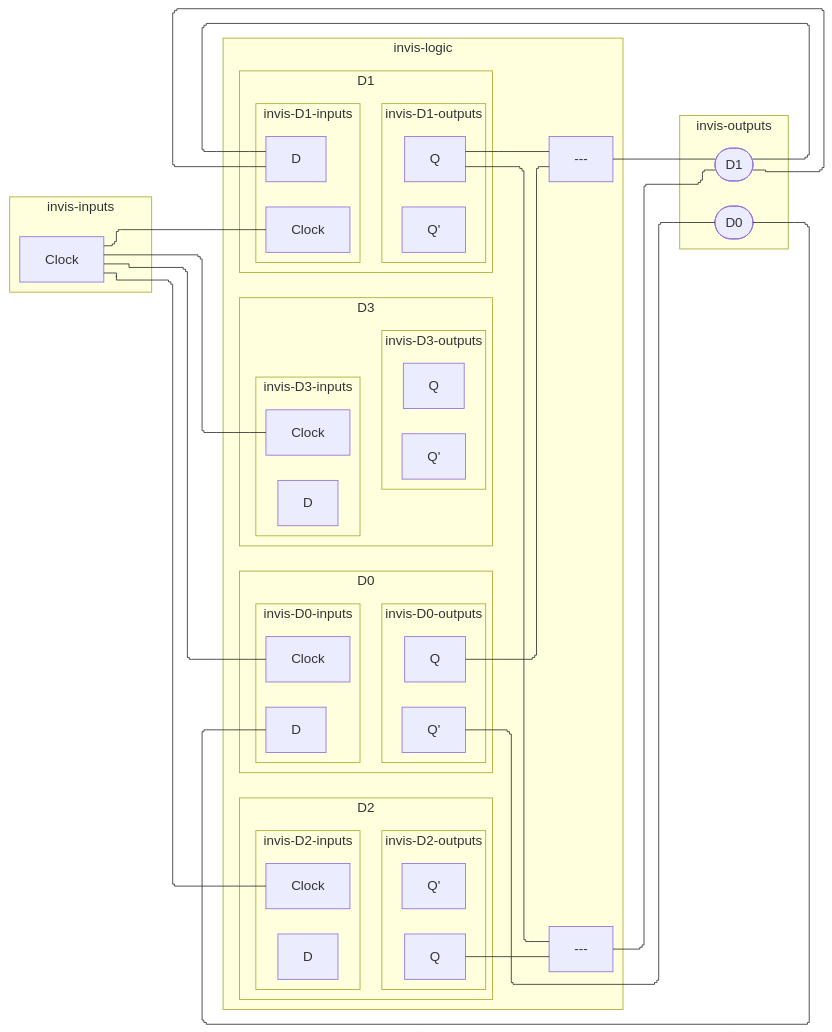
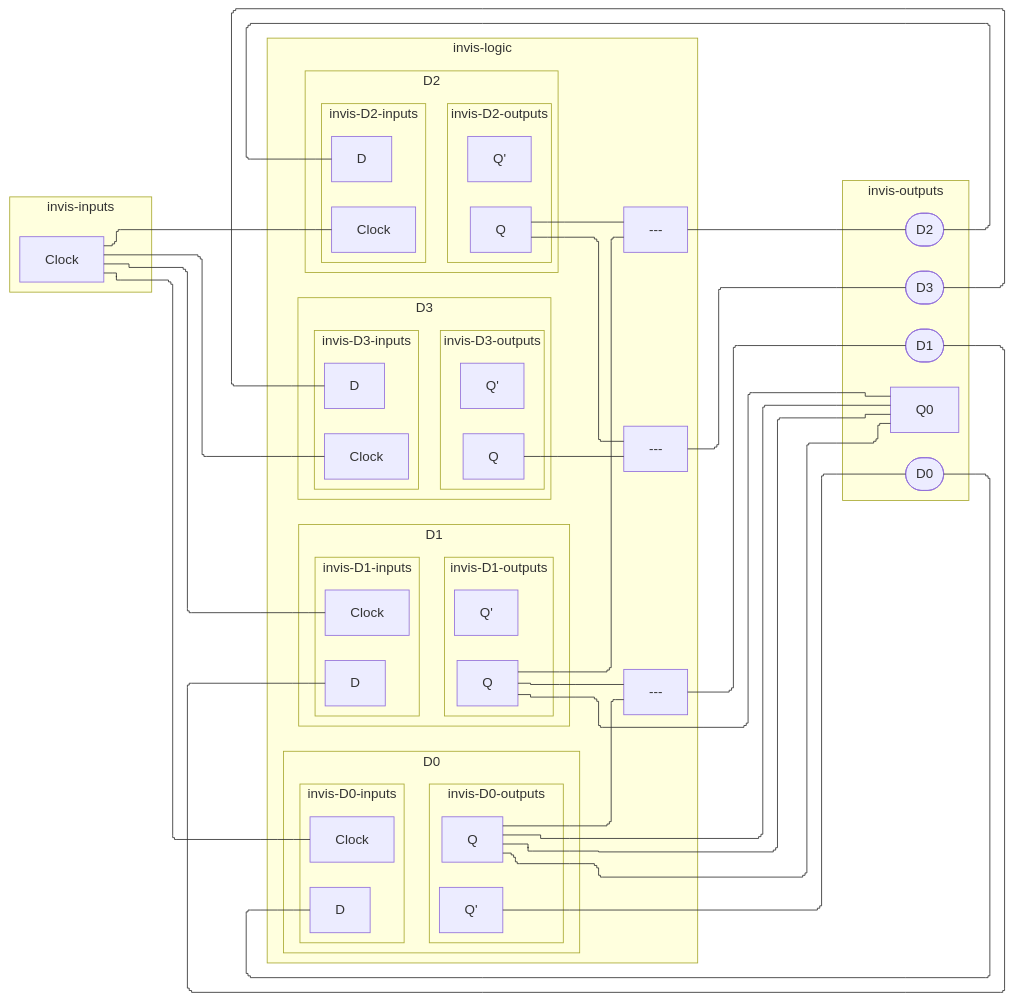
The sixth of 6 diagrams in CSDS 281 - Logic Design/HW/8/Tables.md (tnichols217/notes), drawn with Mermaid before and after one commit.

Commit message:
vault backup: 2024-04-05 00:28:51

````diff
--- a/CSDS 281 - Logic Design/HW/8/Tables.md
+++ b/CSDS 281 - Logic Design/HW/8/Tables.md
@@ -249,68 +249,75 @@
 ```mermaid
 %%{ init: { 'flowchart': { 'curve': 'stepBefore', "defaultRenderer": "elk" } } }%%
 flowchart LR
 subgraph invis-inputs
 	Clock
 end
 subgraph invis-logic
 	subgraph D0
 		subgraph invis-D0-inputs
 			D0i[D]
 			D0c[Clock]
 		end
 		Clock --- D0c
 		subgraph invis-D0-outputs
 			Q0[Q]
 			Q0P[Q']
 		end
 		invis-D0-inputs ~~~ invis-D0-outputs
 	end
 	subgraph D1
 		subgraph invis-D1-inputs
 			D1i[D]
 			D1c[Clock]
 		end
 		Clock --- D1c
 		subgraph invis-D1-outputs
 			Q1[Q]
 			Q1P[Q']
 		end
 		invis-D1-inputs ~~~ invis-D1-outputs
 	end
 	subgraph D2
 		subgraph invis-D2-inputs
 			D2i[D]
 			D2c[Clock]
 		end
 		Clock --- D2c
 		subgraph invis-D2-outputs
 			Q2[Q]
 			Q2P[Q']
 		end
 		invis-D2-inputs ~~~ invis-D2-outputs
 	end
 	subgraph D3
 		subgraph invis-D3-inputs
 			D3i[D]
 			D3c[Clock]
 		end
 		Clock --- D3c
 		subgraph invis-D3-outputs
 			Q3[Q]
 			Q3P[Q']
 		end
 		invis-D3-inputs ~~~ invis-D3-outputs
 	end
 	Q0 & Q1 --- xor1[---]
 	Q1 & Q2 --- xor2[---]
+	Q2 & Q3 --- xor3[---]
 end
 subgraph invis-outputs
 	Q0P --- D0ii([D0])
 	D0ii --- D0i
 	xor1 --- D1ii([D1])
 	D1ii --- D1i
-	xor2 --- D1ii([D1])
-	D1ii --- D1i
+	xor2 --- D2ii([D2])
+	D2ii --- D2i
+	xor3 --- D3ii([D3])
+	D3ii --- D3i
+	Q0 --- Q0O[Q0]
+	Q1 --- Q0O[Q0]
+	Q0 --- Q0O[Q0]
+	Q0 --- Q0O[Q0]
 end
 invis-inputs ~~~ invis-logic ~~~ invis-outputs
 ```
````
